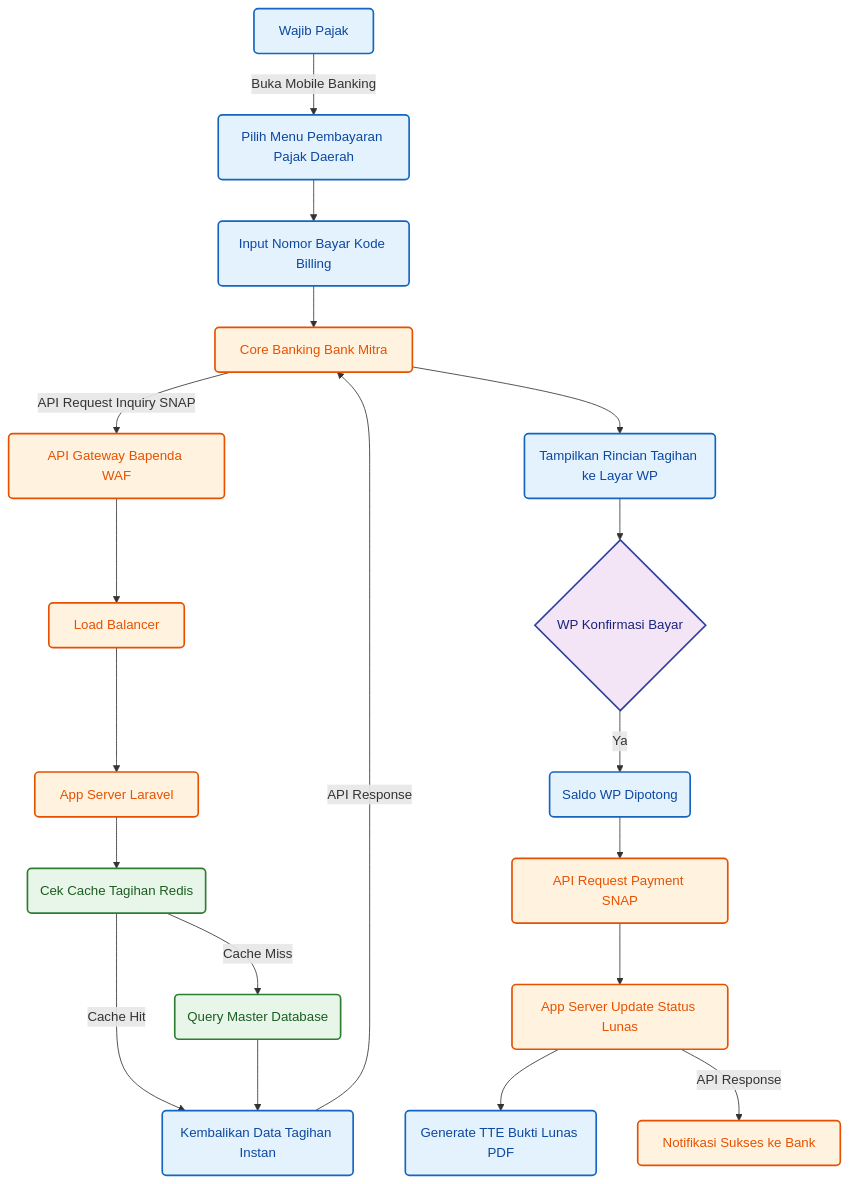
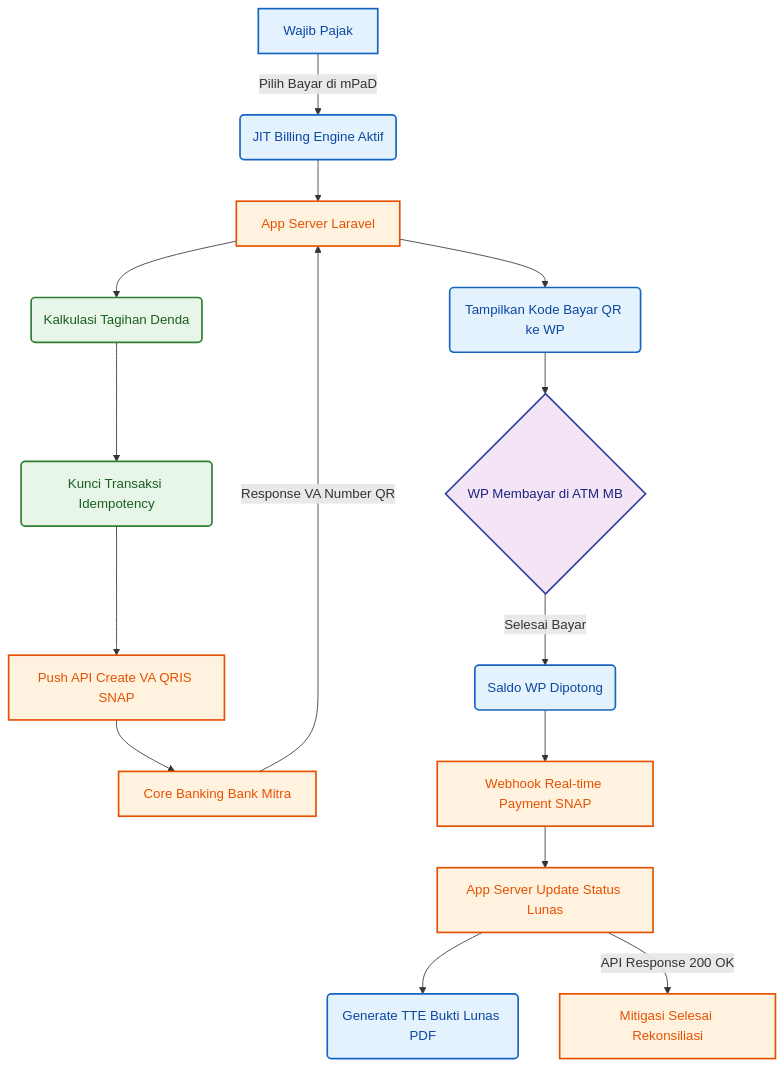
One commit to arif-rizal1122/retribusi-api changed the third of 4 diagrams in docs/Dokumen_Perencanaan_Sistem_Pendapatan_Baubau.md. Above: the diagram before and after it, drawn with Mermaid. The commit also changed other lines of this file and 68 other files, not shown here.

Commit message:
Fix mermaid syntax reserved keyword 'end' and bidirectional arrows

```diff
--- a/docs/Dokumen_Perencanaan_Sistem_Pendapatan_Baubau.md
+++ b/docs/Dokumen_Perencanaan_Sistem_Pendapatan_Baubau.md
@@ -160,25 +173,37 @@
-<div class="mermaid">
+<div class="mermaid" style="max-width: 800px; margin: 20px auto;">
 flowchart TD
-    classDef step fill:#e3f2fd,stroke:#1565c0,stroke-width:2px,color:#0d47a1,rx:5px,ry:5px
-    classDef server fill:#fff3e0,stroke:#e65100,stroke-width:2px,color:#e65100,rx:5px,ry:5px
-    classDef db fill:#e8f5e9,stroke:#2e7d32,stroke-width:2px,color:#1b5e20,rx:5px,ry:5px
-    classDef decision fill:#f3e5f5,stroke:#303f9f,stroke-width:2px,color:#1a237e,rx:5px,ry:5px
+    classDef step fill:#e3f2fd,stroke:#1565c0,stroke-width:2px,color:#0d47a1
+    classDef server fill:#fff3e0,stroke:#e65100,stroke-width:2px,color:#e65100
+    classDef db fill:#e8f5e9,stroke:#2e7d32,stroke-width:2px,color:#1b5e20
+    classDef decision fill:#f3e5f5,stroke:#303f9f,stroke-width:2px,color:#1a237e
 
-    WP["Wajib Pajak"]:::step -->|Buka Mobile Banking| MB("Pilih Menu Pembayaran Pajak Daerah"):::step
-    MB --> Input("Input Nomor Bayar Kode Billing"):::step
-    Input --> Bank["Core Banking Bank Mitra"]:::server
-    Bank -->|API Request Inquiry SNAP| API["API Gateway Bapenda WAF"]:::server
-    API --> LB["Load Balancer"]:::server --> App["App Server Laravel"]:::server
-    App --> Redis("Cek Cache Tagihan Redis"):::db
-    Redis -->|Cache Hit| Res1("Kembalikan Data Tagihan Instan"):::step
-    Redis -->|Cache Miss| DB("Query Master Database"):::db
-    DB --> Res1
-    Res1 -->|API Response| Bank
-    Bank --> Tampil("Tampilkan Rincian Tagihan ke Layar WP"):::step
-    Tampil --> WP2{"WP Konfirmasi Bayar"}:::decision
-    WP2 -->|Ya| Bayar("Saldo WP Dipotong"):::step
-    Bayar --> API2["API Request Payment SNAP"]:::server
-    API2 --> App2["App Server Update Status Lunas"]:::server
-    App2 --> GenPDF("Generate TTE Bukti Lunas PDF"):::step
-    App2 -->|API Response| Bank2["Notifikasi Sukses ke Bank"]:::server
+    WP[Wajib Pajak]:::step
+    MB(JIT Billing Engine Aktif):::step
+    App[App Server Laravel]:::server
+    Redis(Kalkulasi Tagihan Denda):::db
+    DB(Kunci Transaksi Idempotency):::db
+    API[Push API Create VA QRIS SNAP]:::server
+    Bank[Core Banking Bank Mitra]:::server
+    Tampil(Tampilkan Kode Bayar QR ke WP):::step
+    WP2{WP Membayar di ATM MB}:::decision
+    Bayar(Saldo WP Dipotong):::step
+    API2[Webhook Real-time Payment SNAP]:::server
+    App2[App Server Update Status Lunas]:::server
+    GenPDF(Generate TTE Bukti Lunas PDF):::step
+    Bank2[Mitigasi Selesai Rekonsiliasi]:::server
+
+    WP -->|Pilih Bayar di mPaD| MB
+    MB --> App
+    App --> Redis
+    Redis --> DB
+    DB --> API
+    API --> Bank
+    Bank -->|Response VA Number QR| App
+    App --> Tampil
+    Tampil --> WP2
+    WP2 -->|Selesai Bayar| Bayar
+    Bayar --> API2
+    API2 --> App2
+    App2 --> GenPDF
+    App2 -->|API Response 200 OK| Bank2
 </div>
```
